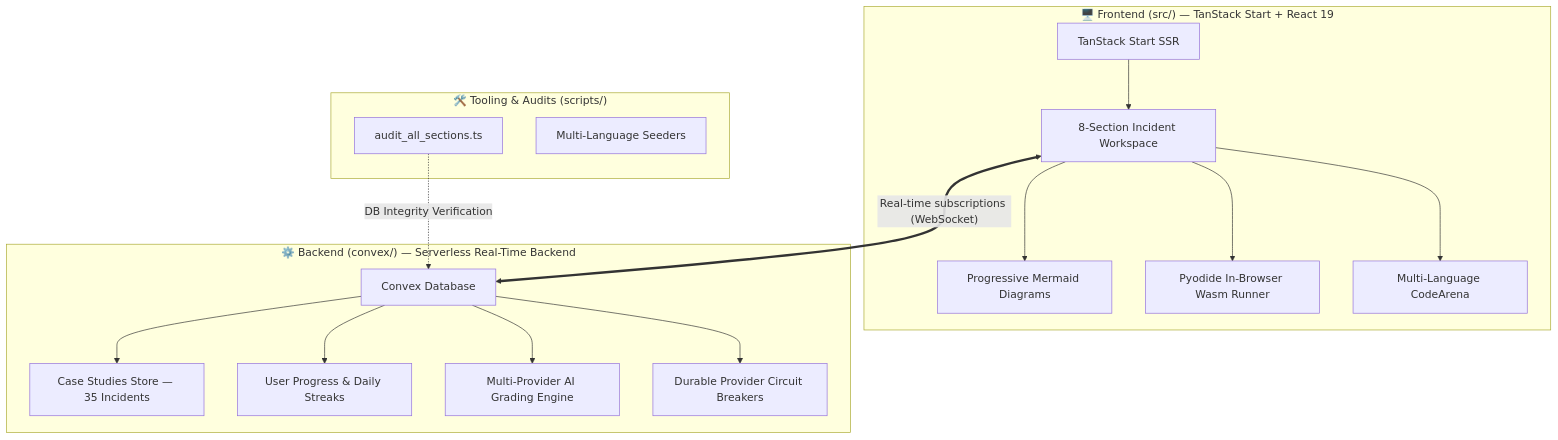
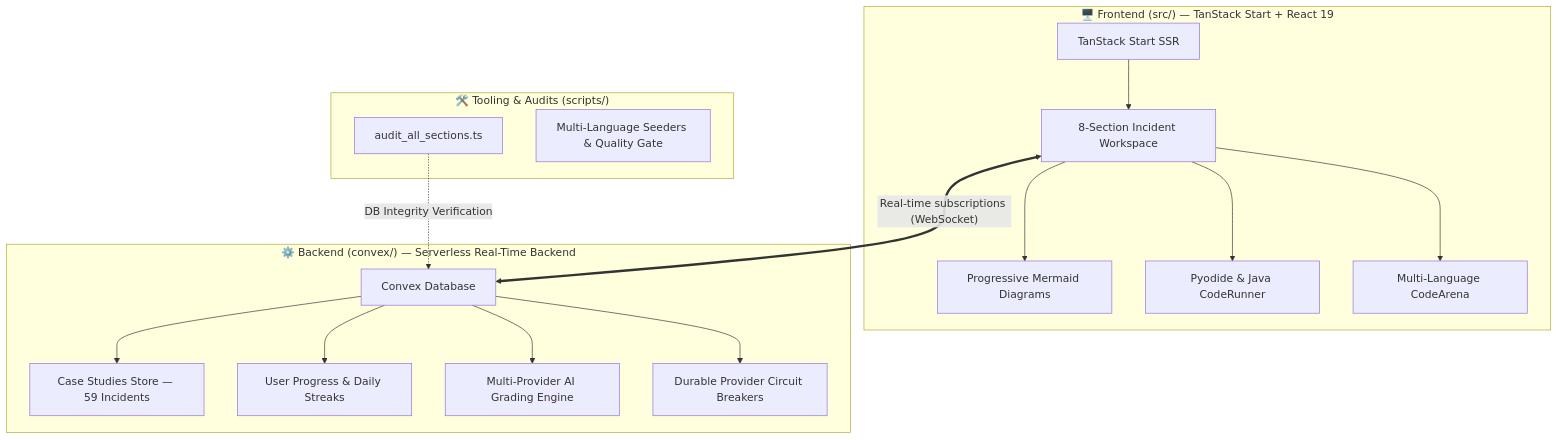
One commit to RESKCORE/KRUZZ changed the second of 2 diagrams in README.md. Above: the diagram before and after it, drawn with Mermaid. The commit also changed other lines of this file and 20 other files, not shown here.

````diff
--- a/README.md
+++ b/README.md
@@ -182,24 +250,24 @@
 ```mermaid
 flowchart TD
     subgraph Frontend ["🖥️ Frontend (src/) — TanStack Start + React 19"]
         A[TanStack Start SSR] --> B[8-Section Incident Workspace]
         B --> C[Progressive Mermaid Diagrams]
-        B --> D[Pyodide In-Browser Wasm Runner]
+        B --> D[Pyodide & Java CodeRunner]
         B --> E[Multi-Language CodeArena]
     end
 
     subgraph Backend ["⚙️ Backend (convex/) — Serverless Real-Time Backend"]
-        F[Convex Database] --> G[Case Studies Store — 35 Incidents]
+        F[Convex Database] --> G[Case Studies Store — 59 Incidents]
         F --> H[User Progress & Daily Streaks]
         F --> I[Multi-Provider AI Grading Engine]
         F --> J[Durable Provider Circuit Breakers]
     end
 
     subgraph Tooling ["🛠️ Tooling & Audits (scripts/)"]
         K[audit_all_sections.ts]
-        L[Multi-Language Seeders]
+        L[Multi-Language Seeders & Quality Gate]
     end
 
     B <== "Real-time subscriptions (WebSocket)" ==> F
     K -. "DB Integrity Verification" .-> F
 ```
````
